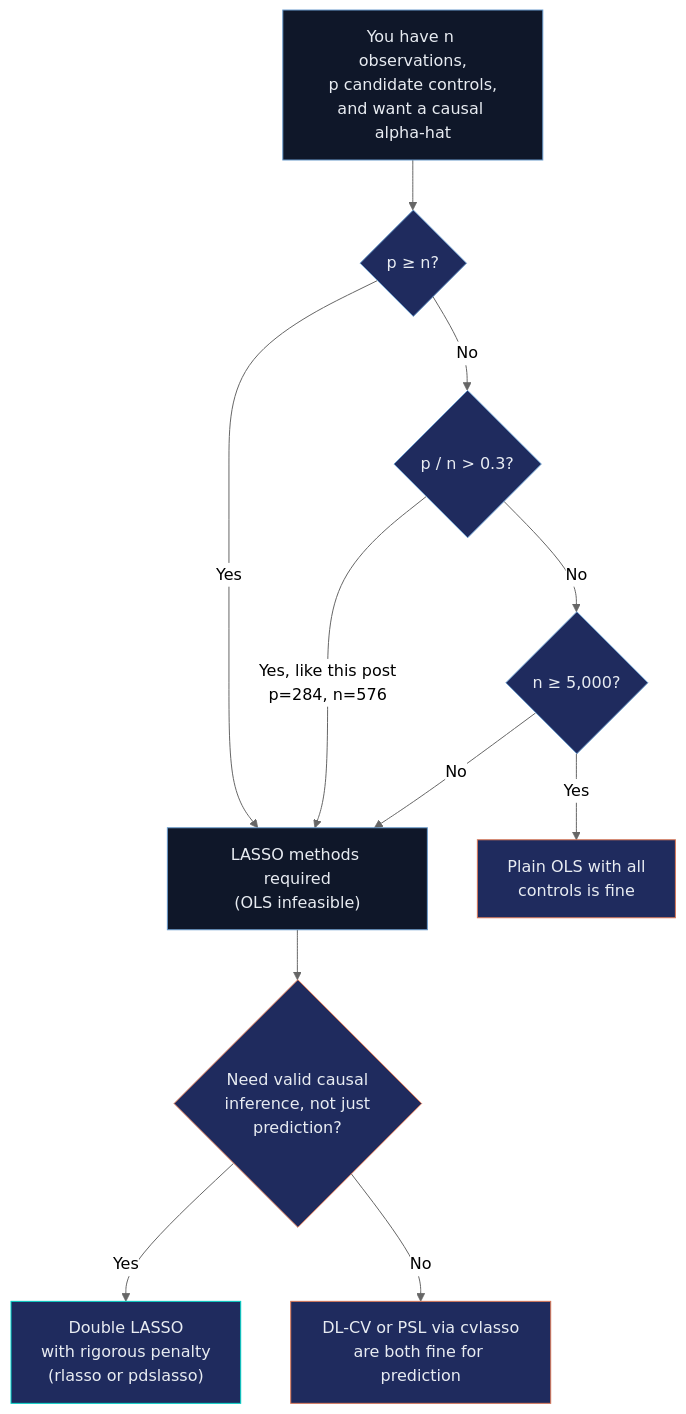
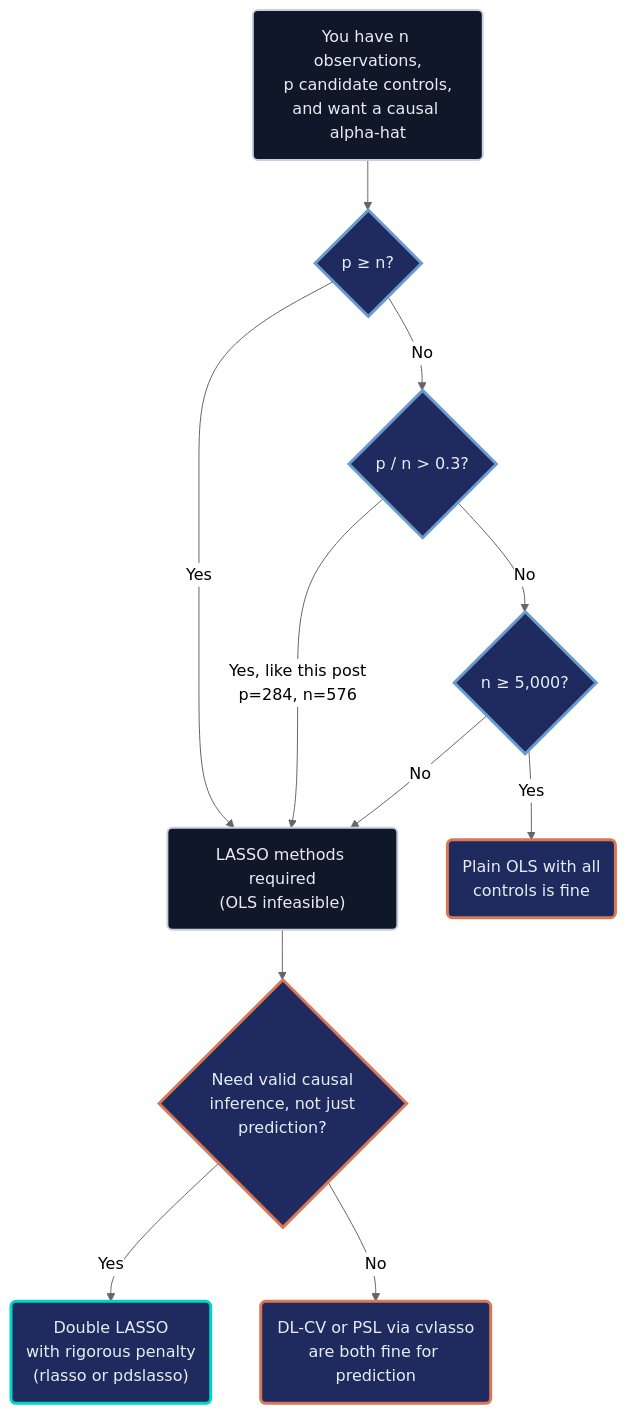
Before and after one commit to cmg777/starter-academic-v501: the fourth of 4 diagrams in content/post/stata_double_lasso/index.md, drawn with Mermaid (neutral theme). The commit also changed other lines of this file and 13 other files, not shown here.

First line of the commit message:
content(mermaid): restyle flowcharts in Stata posts, batch 1 of 2

````diff
--- a/content/post/stata_double_lasso/index.md
+++ b/content/post/stata_double_lasso/index.md
@@ -659,26 +660,27 @@
 ```mermaid
 flowchart TD
-    Start["You have n observations,<br/>p candidate controls,<br/>and want a causal alpha-hat"] --> Q1{"p &ge; n?"}
-    Q1 -->|Yes| L["LASSO methods required<br/>(OLS infeasible)"]
+    Start("You have n observations,<br/>p candidate controls,<br/>and want a causal alpha-hat") --> Q1{"p &ge; n?"}
+    Q1 -->|Yes| L("LASSO methods required<br/>(OLS infeasible)")
     Q1 -->|No| Q2{"p / n &gt; 0.3?"}
     Q2 -->|Yes, like this post<br/>p=284, n=576| L
     Q2 -->|No| Q3{"n &ge; 5,000?"}
-    Q3 -->|Yes| O["Plain OLS with all<br/>controls is fine"]
+    Q3 -->|Yes| O("Plain OLS with all<br/>controls is fine")
     Q3 -->|No| L
     L --> Q4{"Need valid causal<br/>inference, not just<br/>prediction?"}
-    Q4 -->|Yes| DL["Double LASSO<br/>with rigorous penalty<br/>(rlasso or pdslasso)"]
-    Q4 -->|No| Pred["DL-CV or PSL via cvlasso<br/>are both fine for prediction"]
-    style Start fill:#0f1729,stroke:#6a9bcc,color:#e8ecf2
-    style DL fill:#1f2b5e,stroke:#00d4c8,color:#e8ecf2
-    style Pred fill:#1f2b5e,stroke:#d97757,color:#e8ecf2
-    style O fill:#1f2b5e,stroke:#d97757,color:#e8ecf2
-    style L fill:#0f1729,stroke:#6a9bcc,color:#e8ecf2
-    classDef sty_Q1 fill:#1f2b5e,stroke:#6a9bcc,color:#e8ecf2
+    Q4 -->|Yes| DL("Double LASSO<br/>with rigorous penalty<br/>(rlasso or pdslasso)")
+    Q4 -->|No| Pred("DL-CV or PSL via cvlasso<br/>are both fine for prediction")
+    classDef sty_Q1 fill:#1f2b5e,stroke:#6a9bcc,stroke-width:3px,color:#e8ecf2
     class Q1 sty_Q1
-    classDef sty_Q2 fill:#1f2b5e,stroke:#6a9bcc,color:#e8ecf2
+    classDef sty_Q2 fill:#1f2b5e,stroke:#6a9bcc,stroke-width:3px,color:#e8ecf2
     class Q2 sty_Q2
-    classDef sty_Q3 fill:#1f2b5e,stroke:#6a9bcc,color:#e8ecf2
+    classDef sty_Q3 fill:#1f2b5e,stroke:#6a9bcc,stroke-width:3px,color:#e8ecf2
     class Q3 sty_Q3
-    classDef sty_Q4 fill:#1f2b5e,stroke:#d97757,color:#e8ecf2
+    classDef sty_Q4 fill:#1f2b5e,stroke:#d97757,stroke-width:3px,color:#e8ecf2
     class Q4 sty_Q4
+    classDef anchor fill:#0f1729,stroke:#c8d0e0,stroke-width:2px,color:#e8ecf2
+    classDef orange fill:#1f2b5e,stroke:#d97757,stroke-width:3px,color:#e8ecf2
+    classDef teal fill:#1f2b5e,stroke:#00d4c8,stroke-width:3px,color:#e8ecf2
+    class Start,L anchor
+    class O,Pred orange
+    class DL teal
 ```
````
